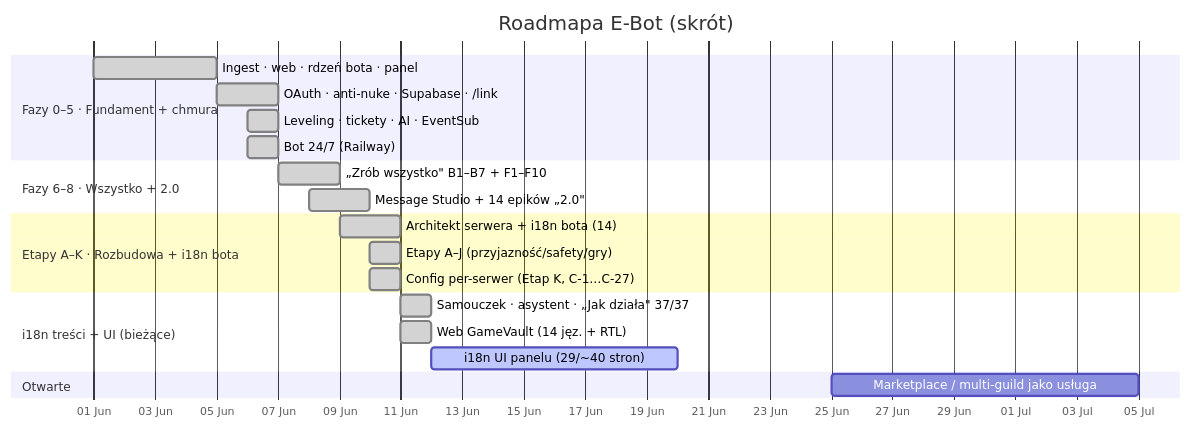
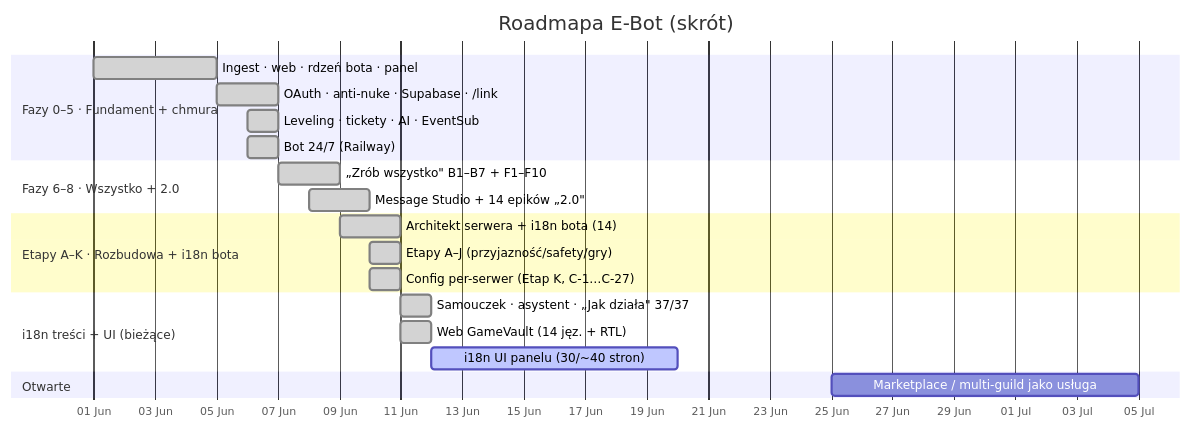
The first of 2 diagrams in docs/ROADMAP.md (Gh0s777tt/E-Bot), drawn with Mermaid before and after one commit. The commit also changed other lines of this file and 8 other files, not shown here.

````diff
--- a/docs/ROADMAP.md
+++ b/docs/ROADMAP.md
@@ -23,24 +23,24 @@
 ```mermaid
 gantt
   title Roadmapa E-Bot (skrót)
   dateFormat YYYY-MM-DD
   axisFormat %d %b
   section Fazy 0–5 · Fundament + chmura
   Ingest · web · rdzeń bota · panel    :done, f0, 2026-06-01, 4d
   OAuth · anti-nuke · Supabase · /link :done, f1, 2026-06-05, 2d
   Leveling · tickety · AI · EventSub   :done, f4, 2026-06-06, 1d
   Bot 24/7 (Railway)                   :done, f5, 2026-06-06, 1d
   section Fazy 6–8 · Wszystko + 2.0
   „Zrób wszystko" B1–B7 + F1–F10       :done, f7, 2026-06-07, 2d
   Message Studio + 14 epików „2.0"     :done, f8, 2026-06-08, 2d
   section Etapy A–K · Rozbudowa + i18n bota
   Architekt serwera + i18n bota (14)   :done, ek1, 2026-06-09, 2d
   Etapy A–J (przyjazność/safety/gry)   :done, ek2, 2026-06-10, 1d
   Config per-serwer (Etap K, C-1…C-27) :done, ek3, 2026-06-10, 1d
   section i18n treści + UI (bieżące)
   Samouczek · asystent · „Jak działa" 37/37 :done, i1, 2026-06-11, 1d
   Web GameVault (14 jęz. + RTL)        :done, i2, 2026-06-11, 1d
-  i18n UI panelu (29/~40 stron)        :active, i3, 2026-06-12, 8d
+  i18n UI panelu (30/~40 stron)        :active, i3, 2026-06-12, 8d
   section Otwarte
   Marketplace / multi-guild jako usługa :        mk, 2026-06-25, 10d
 ```
````
